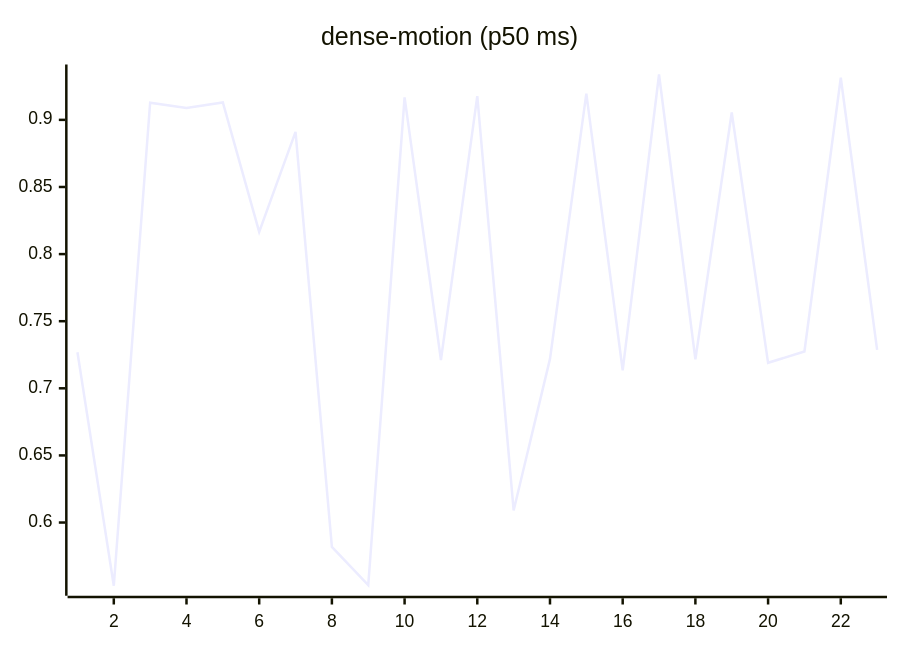
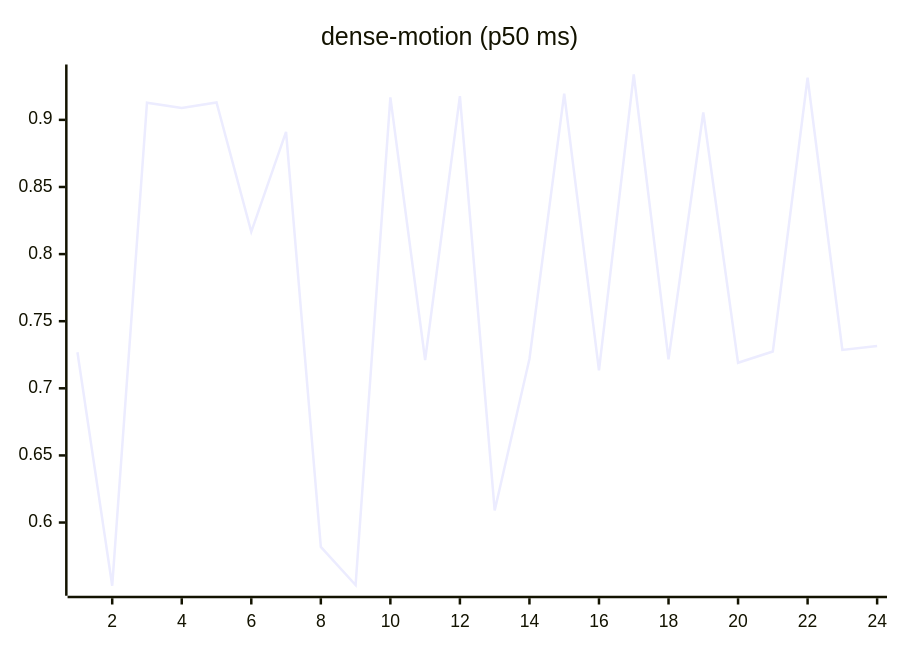
Before and after one commit to josha/Facet: the ninth of 27 diagrams in README.md, drawn with Mermaid. The commit also changed other lines of this file and 2 other files, not shown here.

````diff
--- a/README.md
+++ b/README.md
@@ -119,6 +119,6 @@
 ```mermaid
 xychart-beta
     title "dense-motion (p50 ms)"
-    x-axis 1 --> 23
-    line [0.7269, 0.5529, 0.9128, 0.9089, 0.9130, 0.8166, 0.8911, 0.5818, 0.5534, 0.9168, 0.7211, 0.9177, 0.6090, 0.7219, 0.9196, 0.7134, 0.9338, 0.7216, 0.9055, 0.7190, 0.7274, 0.9314, 0.7286]
+    x-axis 1 --> 24
+    line [0.7269, 0.5529, 0.9128, 0.9089, 0.9130, 0.8166, 0.8911, 0.5818, 0.5534, 0.9168, 0.7211, 0.9177, 0.6090, 0.7219, 0.9196, 0.7134, 0.9338, 0.7216, 0.9055, 0.7190, 0.7274, 0.9314, 0.7286, 0.7316]
 ```
````
